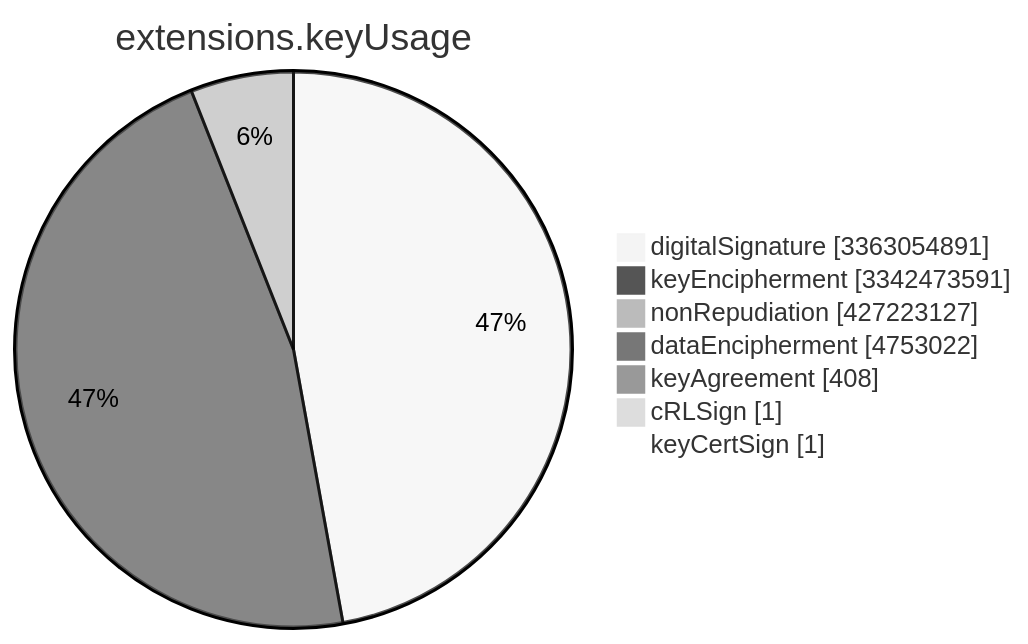
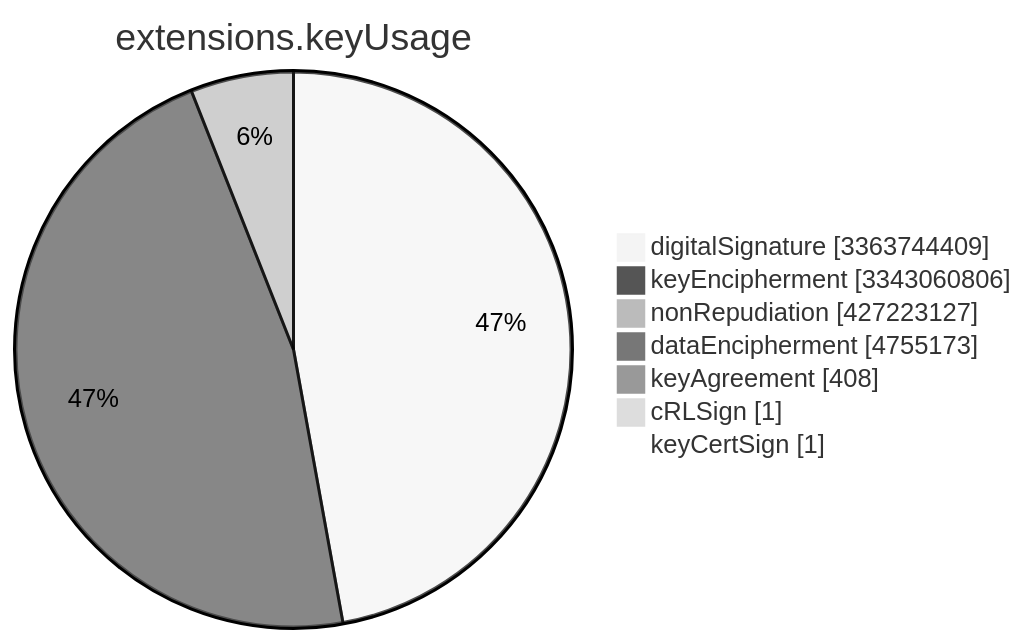
One commit to christiankrug/ctmonitor_visualization changed the sixth of 15 diagrams in TOTAL/README.md. Above: the diagram before and after it, drawn with Mermaid (neutral theme). The commit also changed other lines of this file, not shown here.

````diff
--- a/TOTAL/README.md
+++ b/TOTAL/README.md
@@ -3079,11 +3079,11 @@
 ```mermaid
 pie showData
 title extensions.keyUsage
-"digitalSignature" :3363054891
-"keyEncipherment" :3342473591
+"digitalSignature" :3363744409
+"keyEncipherment" :3343060806
 "nonRepudiation" :427223127
-"dataEncipherment" :4753022
+"dataEncipherment" :4755173
 "keyAgreement" :408
 "cRLSign" :1
 "keyCertSign" :1
 ```
````
